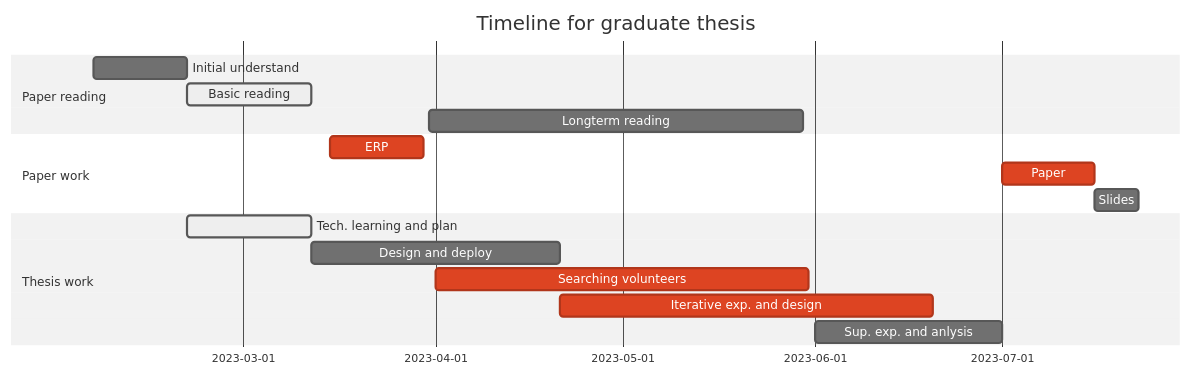
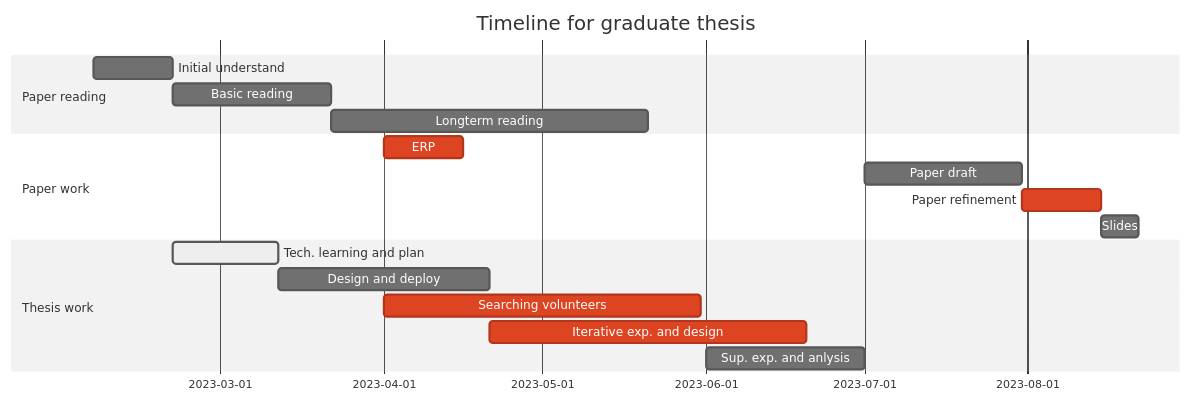
Before and after one commit to hinczhang/GraduteThesis_Master: the diagram in README.md, drawn with Mermaid (neutral theme).

````diff
--- a/README.md
+++ b/README.md
@@ -5,19 +5,20 @@
 ```mermaid
 gantt
     title Timeline for graduate thesis
     dateFormat  YYYY-MM-DD
     section Paper reading
     Initial understand              : a1, 2023-02-05, 15d
-    Basic reading                   :active, a2, after a1, 20d
-    Longterm reading                :2023-03-31, 60d
+    Basic reading                   : a2, after a1, 30d
+    Longterm reading                : a3, after a2, 60d
     section Paper work
-    ERP                             :crit, b1, 2023-03-15, 15d
-    Paper                           :crit, b2, 2023-07-01, 15d
-    Slides                          :b3, after b2, 7d
+    ERP                             : crit, b1, 2023-04-01, 15d
+    Paper draft                     : b2, 2023-07-01, 30d
+    Paper refinement                : crit, b3, after b2, 15d
+    Slides                          : b4, after b3, 7d
     section Thesis work
     Tech. learning and plan         :active, c1, after a1, 20d
     Design and deploy               :c2, after c1, 40d
     Searching volunteers            :crit, c3, 2023-04-01, 60d
     Iterative exp. and design       :crit, c4, after c2, 60d
     Sup. exp. and anlysis           :c5, 2023-06-01, 30d
 ```
````
